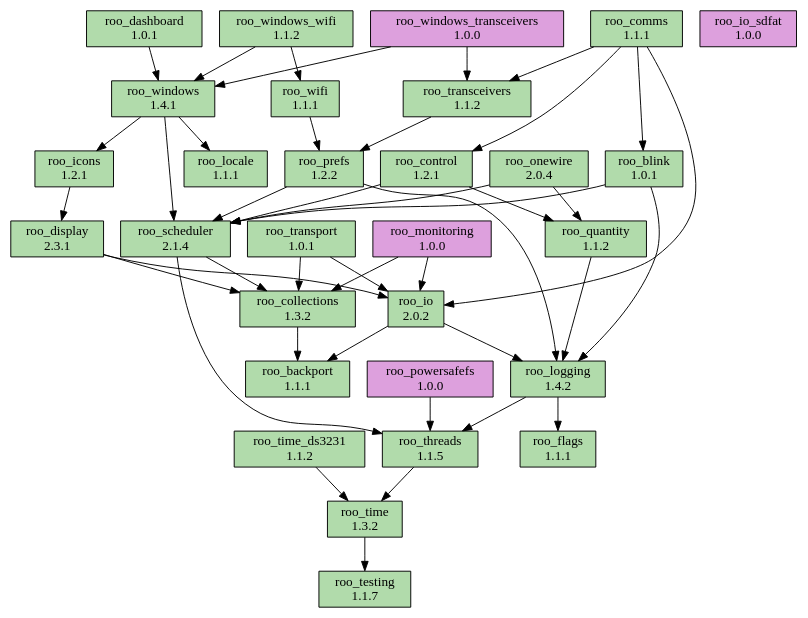
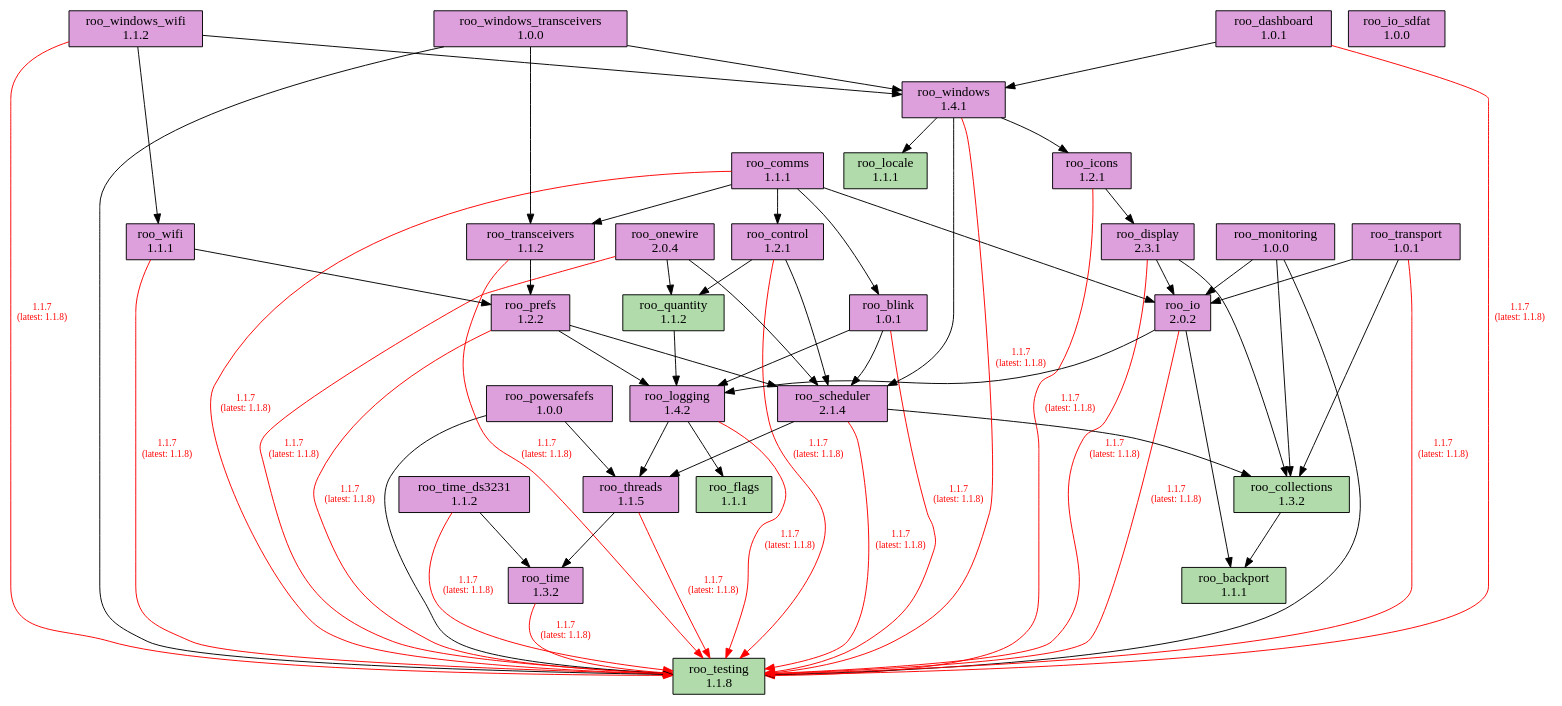
One commit to dejwk/roo-registry changed the diagram in doc/dependencies.dot. Above: the diagram before and after it, drawn with Graphviz. The commit also changed 3 other files, not shown here.

Commit message:
Added roo_testing 1.1.8 to the registry.

```diff
--- a/doc/dependencies.dot
+++ b/doc/dependencies.dot
@@ -1,79 +1,100 @@
 digraph dependencies {
     rankdir=TB;
     node [shape=box, style=filled];
     edge [fontsize=10];
 
     // Modules
     "roo_backport" [label="roo_backport\n1.1.1", fillcolor="#b1dbab"];
-    "roo_blink" [label="roo_blink\n1.0.1", fillcolor="#b1dbab"];
+    "roo_blink" [label="roo_blink\n1.0.1", fillcolor="plum"];
     "roo_collections" [label="roo_collections\n1.3.2", fillcolor="#b1dbab"];
-    "roo_comms" [label="roo_comms\n1.1.1", fillcolor="#b1dbab"];
-    "roo_control" [label="roo_control\n1.2.1", fillcolor="#b1dbab"];
-    "roo_dashboard" [label="roo_dashboard\n1.0.1", fillcolor="#b1dbab"];
-    "roo_display" [label="roo_display\n2.3.1", fillcolor="#b1dbab"];
+    "roo_comms" [label="roo_comms\n1.1.1", fillcolor="plum"];
+    "roo_control" [label="roo_control\n1.2.1", fillcolor="plum"];
+    "roo_dashboard" [label="roo_dashboard\n1.0.1", fillcolor="plum"];
+    "roo_display" [label="roo_display\n2.3.1", fillcolor="plum"];
     "roo_flags" [label="roo_flags\n1.1.1", fillcolor="#b1dbab"];
-    "roo_icons" [label="roo_icons\n1.2.1", fillcolor="#b1dbab"];
-    "roo_io" [label="roo_io\n2.0.2", fillcolor="#b1dbab"];
+    "roo_icons" [label="roo_icons\n1.2.1", fillcolor="plum"];
+    "roo_io" [label="roo_io\n2.0.2", fillcolor="plum"];
     "roo_io_sdfat" [label="roo_io_sdfat\n1.0.0", fillcolor="plum"];
     "roo_locale" [label="roo_locale\n1.1.1", fillcolor="#b1dbab"];
-    "roo_logging" [label="roo_logging\n1.4.2", fillcolor="#b1dbab"];
+    "roo_logging" [label="roo_logging\n1.4.2", fillcolor="plum"];
     "roo_monitoring" [label="roo_monitoring\n1.0.0", fillcolor="plum"];
-    "roo_onewire" [label="roo_onewire\n2.0.4", fillcolor="#b1dbab"];
+    "roo_onewire" [label="roo_onewire\n2.0.4", fillcolor="plum"];
     "roo_powersafefs" [label="roo_powersafefs\n1.0.0", fillcolor="plum"];
-    "roo_prefs" [label="roo_prefs\n1.2.2", fillcolor="#b1dbab"];
+    "roo_prefs" [label="roo_prefs\n1.2.2", fillcolor="plum"];
     "roo_quantity" [label="roo_quantity\n1.1.2", fillcolor="#b1dbab"];
-    "roo_scheduler" [label="roo_scheduler\n2.1.4", fillcolor="#b1dbab"];
-    "roo_testing" [label="roo_testing\n1.1.7", fillcolor="#b1dbab"];
-    "roo_threads" [label="roo_threads\n1.1.5", fillcolor="#b1dbab"];
-    "roo_time" [label="roo_time\n1.3.2", fillcolor="#b1dbab"];
-    "roo_time_ds3231" [label="roo_time_ds3231\n1.1.2", fillcolor="#b1dbab"];
-    "roo_transceivers" [label="roo_transceivers\n1.1.2", fillcolor="#b1dbab"];
-    "roo_transport" [label="roo_transport\n1.0.1", fillcolor="#b1dbab"];
-    "roo_wifi" [label="roo_wifi\n1.1.1", fillcolor="#b1dbab"];
-    "roo_windows" [label="roo_windows\n1.4.1", fillcolor="#b1dbab"];
+    "roo_scheduler" [label="roo_scheduler\n2.1.4", fillcolor="plum"];
+    "roo_testing" [label="roo_testing\n1.1.8", fillcolor="#b1dbab"];
+    "roo_threads" [label="roo_threads\n1.1.5", fillcolor="plum"];
+    "roo_time" [label="roo_time\n1.3.2", fillcolor="plum"];
+    "roo_time_ds3231" [label="roo_time_ds3231\n1.1.2", fillcolor="plum"];
+    "roo_transceivers" [label="roo_transceivers\n1.1.2", fillcolor="plum"];
+    "roo_transport" [label="roo_transport\n1.0.1", fillcolor="plum"];
+    "roo_wifi" [label="roo_wifi\n1.1.1", fillcolor="plum"];
+    "roo_windows" [label="roo_windows\n1.4.1", fillcolor="plum"];
     "roo_windows_transceivers" [label="roo_windows_transceivers\n1.0.0", fillcolor="plum"];
-    "roo_windows_wifi" [label="roo_windows_wifi\n1.1.2", fillcolor="#b1dbab"];
+    "roo_windows_wifi" [label="roo_windows_wifi\n1.1.2", fillcolor="plum"];
 
     // Dependencies
+    "roo_blink" -> "roo_testing" [color=red, fontcolor=red, label="1.1.7\n(latest: 1.1.8)"];
     "roo_blink" -> "roo_logging";
     "roo_blink" -> "roo_scheduler";
     "roo_collections" -> "roo_backport";
+    "roo_comms" -> "roo_testing" [color=red, fontcolor=red, label="1.1.7\n(latest: 1.1.8)"];
     "roo_comms" -> "roo_blink";
     "roo_comms" -> "roo_control";
     "roo_comms" -> "roo_io";
     "roo_comms" -> "roo_transceivers";
+    "roo_control" -> "roo_testing" [color=red, fontcolor=red, label="1.1.7\n(latest: 1.1.8)"];
     "roo_control" -> "roo_quantity";
     "roo_control" -> "roo_scheduler";
+    "roo_dashboard" -> "roo_testing" [color=red, fontcolor=red, label="1.1.7\n(latest: 1.1.8)"];
     "roo_dashboard" -> "roo_windows";
+    "roo_display" -> "roo_testing" [color=red, fontcolor=red, label="1.1.7\n(latest: 1.1.8)"];
     "roo_display" -> "roo_collections";
     "roo_display" -> "roo_io";
+    "roo_icons" -> "roo_testing" [color=red, fontcolor=red, label="1.1.7\n(latest: 1.1.8)"];
     "roo_icons" -> "roo_display";
+    "roo_io" -> "roo_testing" [color=red, fontcolor=red, label="1.1.7\n(latest: 1.1.8)"];
     "roo_io" -> "roo_backport";
     "roo_io" -> "roo_logging";
+    "roo_logging" -> "roo_testing" [color=red, fontcolor=red, label="1.1.7\n(latest: 1.1.8)"];
     "roo_logging" -> "roo_flags";
     "roo_logging" -> "roo_threads";
+    "roo_monitoring" -> "roo_testing";
     "roo_monitoring" -> "roo_collections";
     "roo_monitoring" -> "roo_io";
+    "roo_onewire" -> "roo_testing" [color=red, fontcolor=red, label="1.1.7\n(latest: 1.1.8)"];
     "roo_onewire" -> "roo_scheduler";
     "roo_onewire" -> "roo_quantity";
+    "roo_powersafefs" -> "roo_testing";
     "roo_powersafefs" -> "roo_threads";
+    "roo_prefs" -> "roo_testing" [color=red, fontcolor=red, label="1.1.7\n(latest: 1.1.8)"];
     "roo_prefs" -> "roo_logging";
     "roo_prefs" -> "roo_scheduler";
     "roo_quantity" -> "roo_logging";
+    "roo_scheduler" -> "roo_testing" [color=red, fontcolor=red, label="1.1.7\n(latest: 1.1.8)"];
     "roo_scheduler" -> "roo_collections";
     "roo_scheduler" -> "roo_threads";
+    "roo_threads" -> "roo_testing" [color=red, fontcolor=red, label="1.1.7\n(latest: 1.1.8)"];
     "roo_threads" -> "roo_time";
-    "roo_time" -> "roo_testing";
+    "roo_time" -> "roo_testing" [color=red, fontcolor=red, label="1.1.7\n(latest: 1.1.8)"];
+    "roo_time_ds3231" -> "roo_testing" [color=red, fontcolor=red, label="1.1.7\n(latest: 1.1.8)"];
     "roo_time_ds3231" -> "roo_time";
+    "roo_transceivers" -> "roo_testing" [color=red, fontcolor=red, label="1.1.7\n(latest: 1.1.8)"];
     "roo_transceivers" -> "roo_prefs";
+    "roo_transport" -> "roo_testing" [color=red, fontcolor=red, label="1.1.7\n(latest: 1.1.8)"];
     "roo_transport" -> "roo_collections";
     "roo_transport" -> "roo_io";
+    "roo_wifi" -> "roo_testing" [color=red, fontcolor=red, label="1.1.7\n(latest: 1.1.8)"];
     "roo_wifi" -> "roo_prefs";
+    "roo_windows" -> "roo_testing" [color=red, fontcolor=red, label="1.1.7\n(latest: 1.1.8)"];
     "roo_windows" -> "roo_locale";
     "roo_windows" -> "roo_icons";
     "roo_windows" -> "roo_scheduler";
+    "roo_windows_transceivers" -> "roo_testing";
     "roo_windows_transceivers" -> "roo_transceivers";
     "roo_windows_transceivers" -> "roo_windows";
+    "roo_windows_wifi" -> "roo_testing" [color=red, fontcolor=red, label="1.1.7\n(latest: 1.1.8)"];
     "roo_windows_wifi" -> "roo_wifi";
     "roo_windows_wifi" -> "roo_windows";
 }
```
